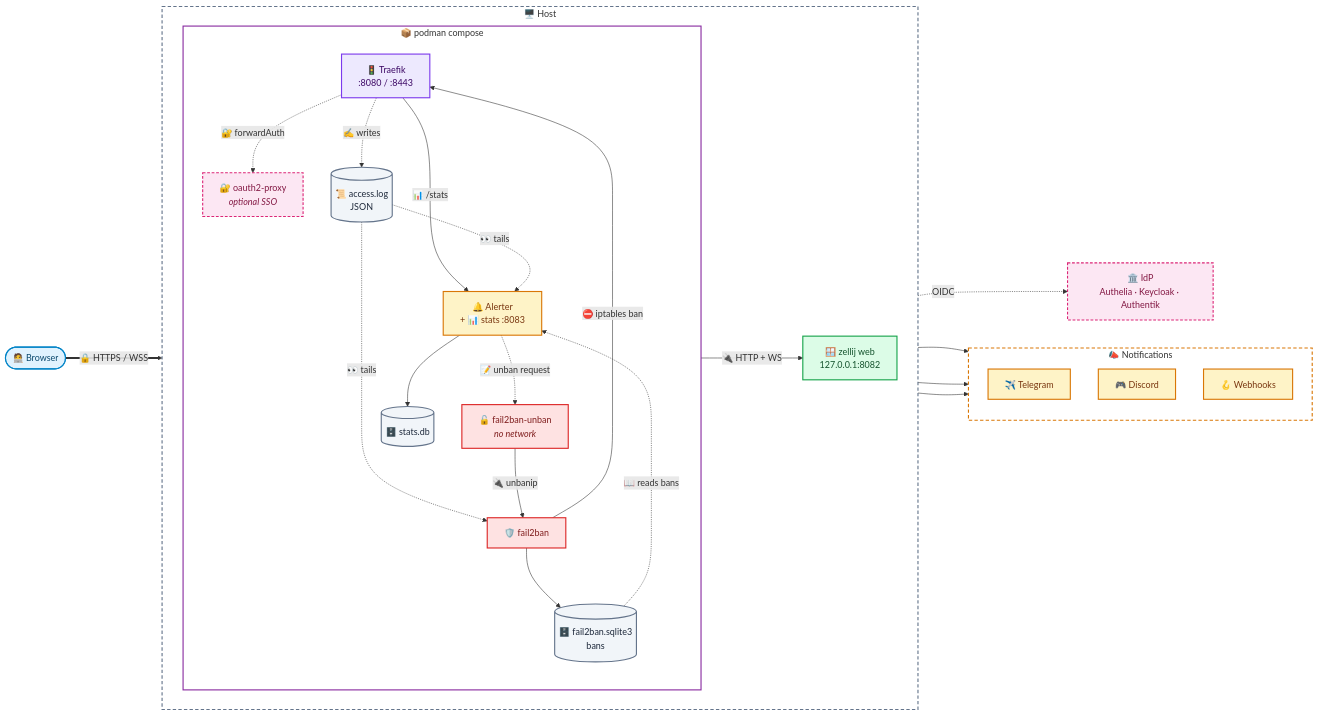
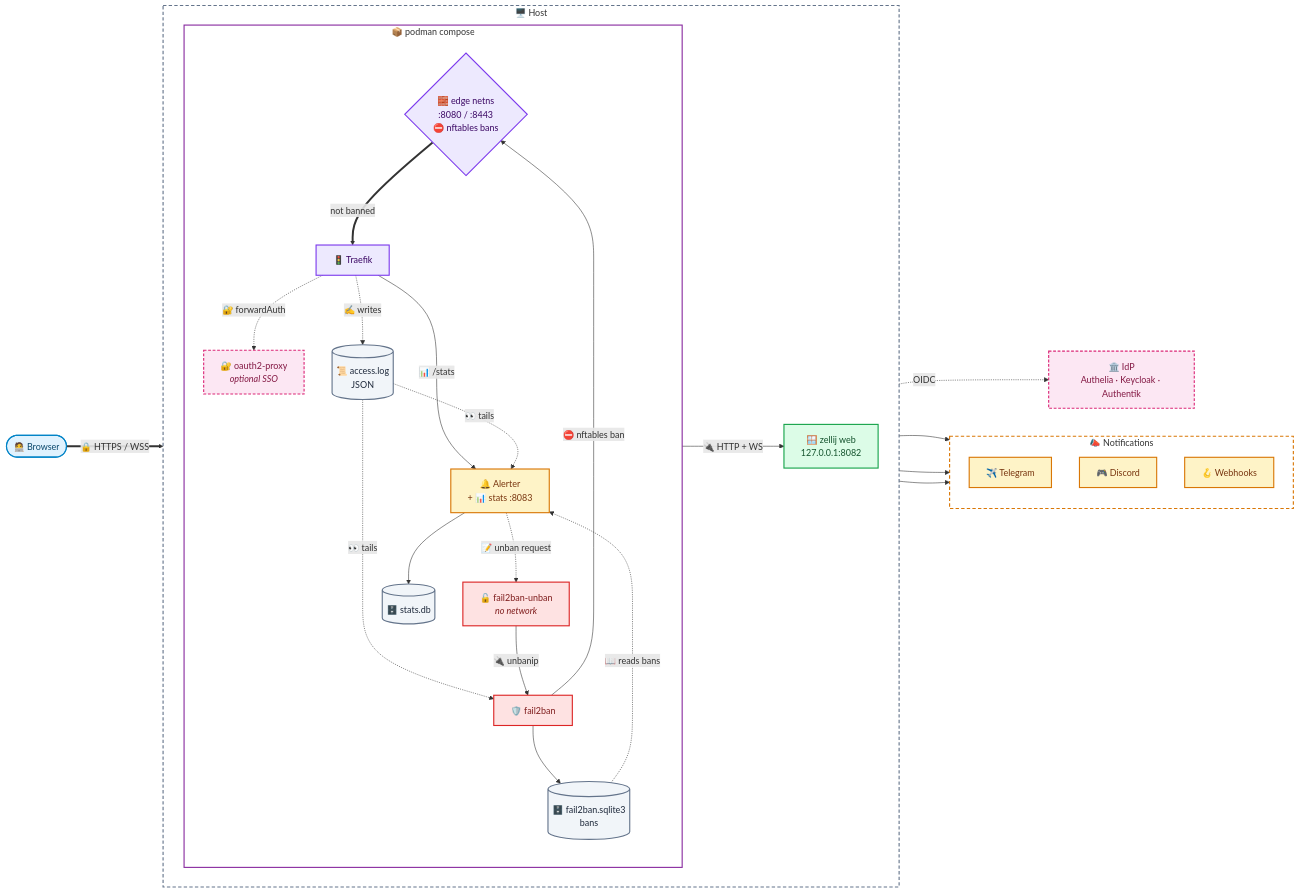
The first of 2 diagrams in README.md (thereisnotime/secure-zellij), drawn with Mermaid before and after one commit. The commit also changed other lines of this file and 9 other files, not shown here.

First line of the commit message:
fail2ban: bans now actually block, via nftables in a shared netns

````diff
--- a/README.md
+++ b/README.md
@@ -34,66 +34,68 @@
 ```mermaid
 flowchart LR
     user(["🧑‍💻 Browser"])
 
     subgraph host["🖥️ Host"]
         direction LR
         zellij["🪟 zellij web<br/>127.0.0.1:8082"]
 
         subgraph stack["📦 podman compose"]
             direction TB
-            traefik["🚦 Traefik<br/>:8080 / :8443"]
+            edge{"🧱 edge netns<br/>:8080 / :8443<br/>⛔ nftables bans"}
+            traefik["🚦 Traefik"]
             o2p["🔐 oauth2-proxy<br/><i>optional SSO</i>"]
             logs[("📜 access.log<br/>JSON")]
             f2b["🛡️ fail2ban"]
             f2bdb[("🗄️ fail2ban.sqlite3<br/>bans")]
             unban["🔓 fail2ban-unban<br/><i>no network</i>"]
             alerter["🔔 Alerter<br/>+ 📊 stats :8083"]
             db[("🗄️ stats.db")]
         end
     end
 
     idp["🏛️ IdP<br/>Authelia · Keycloak · Authentik"]
 
     subgraph notify["📣 Notifications"]
         direction TB
         tg["✈️ Telegram"]
         dc["🎮 Discord"]
         wh["🪝 Webhooks"]
     end
 
-    user == "🔒 HTTPS / WSS" ==> traefik
+    user == "🔒 HTTPS / WSS" ==> edge
+    edge == "not banned" ==> traefik
     traefik -- "🔌 HTTP + WS" --> zellij
     traefik -. "🔐 forwardAuth" .-> o2p
     o2p -. "OIDC" .-> idp
     traefik -- "📊 /stats" --> alerter
     traefik -. "✍️ writes" .-> logs
     logs -. "👀 tails" .-> f2b
     logs -. "👀 tails" .-> alerter
-    f2b -- "⛔ iptables ban" --> traefik
+    f2b -- "⛔ nftables ban" --> edge
     f2b --> f2bdb
     f2bdb -. "📖 reads bans" .-> alerter
     alerter -. "📝 unban request" .-> unban
     unban -- "🔌 unbanip" --> f2b
     alerter --> db
     alerter --> tg & dc & wh
 
     classDef client fill:#e0f2fe,stroke:#0284c7,stroke-width:2px,color:#0c4a6e
     classDef proxy fill:#ede9fe,stroke:#7c3aed,stroke-width:2px,color:#3b0764
     classDef app fill:#dcfce7,stroke:#16a34a,stroke-width:2px,color:#14532d
     classDef guard fill:#fee2e2,stroke:#dc2626,stroke-width:2px,color:#7f1d1d
     classDef alert fill:#fef3c7,stroke:#d97706,stroke-width:2px,color:#78350f
     classDef sso fill:#fce7f3,stroke:#db2777,stroke-width:2px,stroke-dasharray:5 3,color:#831843
     classDef store fill:#f1f5f9,stroke:#64748b,stroke-width:2px,color:#1e293b
 
     class user client
-    class traefik proxy
+    class traefik,edge proxy
     class zellij app
     class f2b,unban guard
     class alerter,tg,dc,wh alert
     class o2p,idp sso
     class logs,db,f2bdb store
 
     style host fill:transparent,stroke:#64748b,stroke-width:2px,stroke-dasharray:6 4
     style stack fill:transparent,stroke:#892ca0,stroke-width:2px
     style notify fill:transparent,stroke:#d97706,stroke-width:2px,stroke-dasharray:6 4
 ```
````
